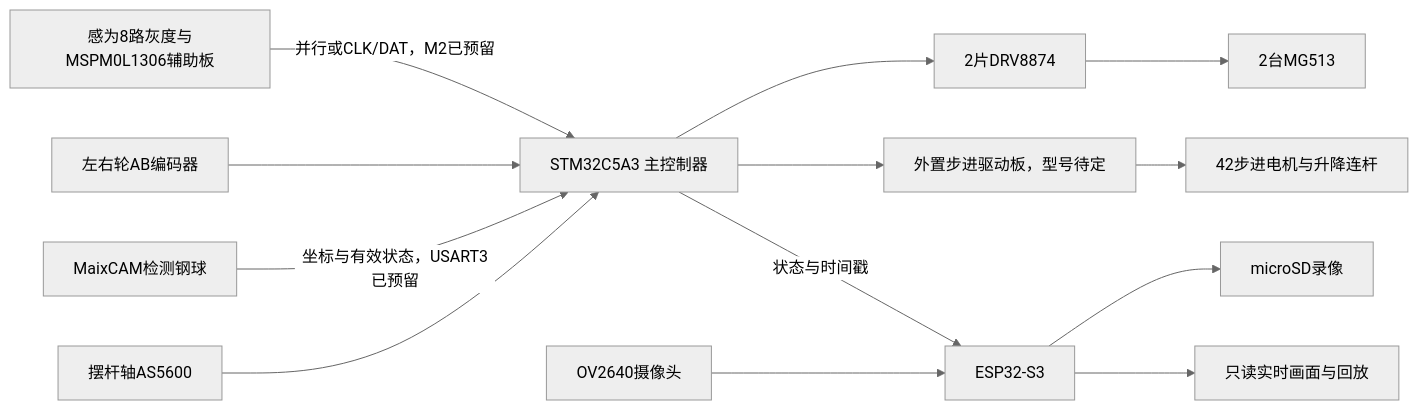
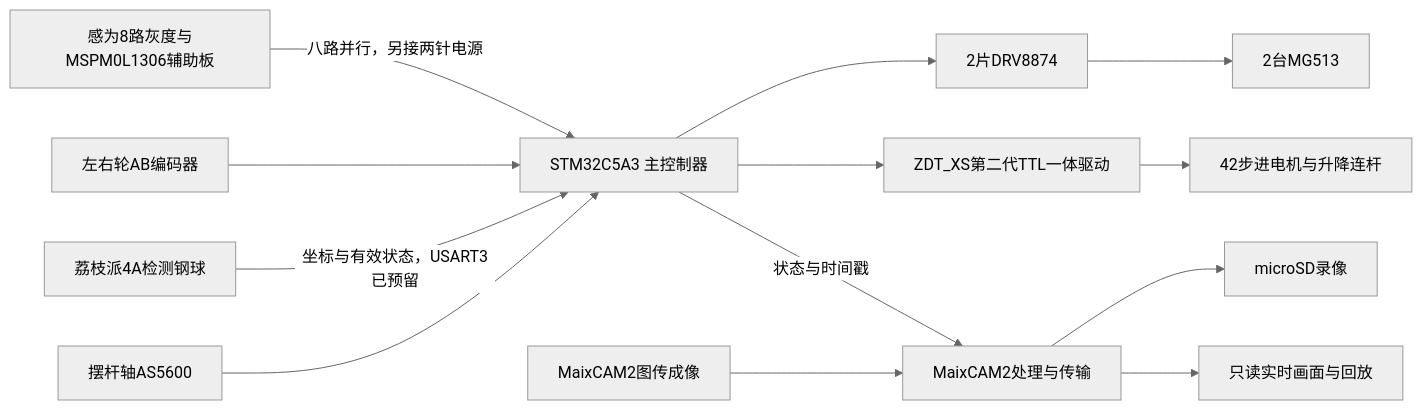
One commit to SmallCoral/c5-car changed the diagram in Documentation/explanation/a-system-outline.md. Above: the diagram before and after it, drawn with Mermaid (neutral theme). The commit also changed other lines of this file and 143 other files, not shown here.

````diff
--- a/Documentation/explanation/a-system-outline.md
+++ b/Documentation/explanation/a-system-outline.md
@@ -34,15 +34,15 @@
 ```mermaid
 flowchart LR
-    Track[感为8路灰度与MSPM0L1306辅助板] -->|并行或CLK/DAT，M2已预留| STM[STM32C5A3 主控制器]
+    Track[感为8路灰度与MSPM0L1306辅助板] -->|八路并行，另接两针电源| STM[STM32C5A3 主控制器]
     Wheels[左右轮AB编码器] --> STM
-    Beam[MaixCAM检测钢球] -->|坐标与有效状态，USART3已预留| STM
+    Beam[荔枝派4A检测钢球] -->|坐标与有效状态，USART3已预留| STM
     Angle[摆杆轴AS5600] --> STM
     STM --> Drive[2片DRV8874]
     Drive --> Motors[2台MG513]
-    STM --> Step[外置步进驱动板，型号待定]
+    STM --> Step[ZDT_XS第二代TTL一体驱动]
     Step --> Actuator[42步进电机与升降连杆]
-    Camera[OV2640摄像头] --> S3[ESP32-S3]
+    Camera[MaixCAM2图传成像] --> S3[MaixCAM2处理与传输]
     S3 --> SD[microSD录像]
     S3 --> View[只读实时画面与回放]
     STM -->|状态与时间戳| S3
 ```
````
